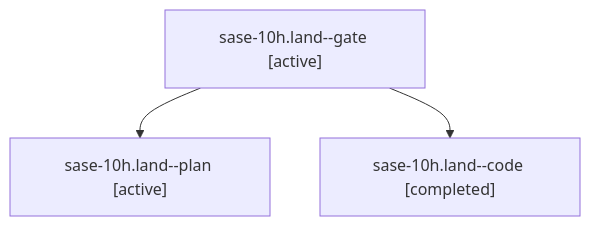
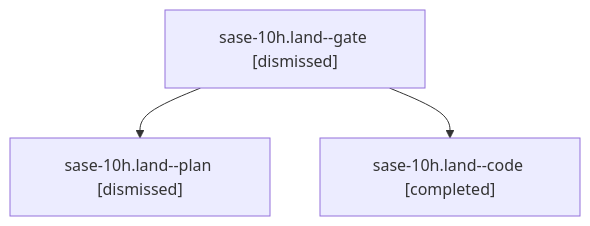
One commit to sase-org/sase--agents changed the diagram in sessions/bbugyi200.athena.sase-10h.land.md. Above: the diagram before and after it, drawn with Mermaid. The commit also changed other lines of this file and 31 other files, not shown here.

````diff
--- a/sessions/bbugyi200.athena.sase-10h.land.md
+++ b/sessions/bbugyi200.athena.sase-10h.land.md
@@ -9,8 +9,8 @@
 ```mermaid
 flowchart TD
-  n0["sase-10h.land--gate [active]"]
-  n1["sase-10h.land--plan [active]"]
+  n0["sase-10h.land--gate [dismissed]"]
+  n1["sase-10h.land--plan [dismissed]"]
   n0 --> n1
   n2["sase-10h.land--code [completed]"]
   n0 --> n2
 ```
````
